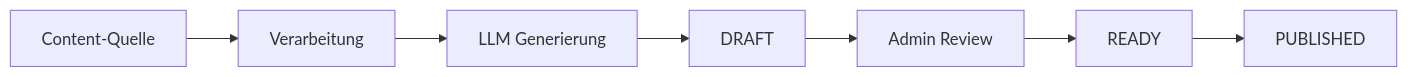
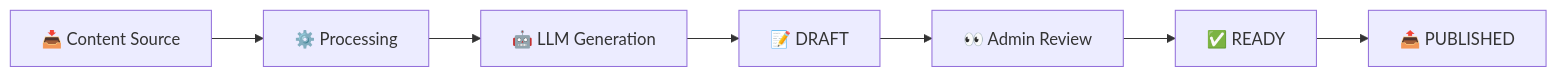
The diagram in README.md (NoahRolli/contentHub_catchKen), drawn with Mermaid before and after one commit. The commit also changed other lines of this file, not shown here.

````diff
--- a/README.md
+++ b/README.md
@@ -132,9 +165,9 @@
 ```mermaid
 graph LR
-    A[Content-Quelle] --> B[Verarbeitung]
-    B --> C[LLM Generierung]
-    C --> D[DRAFT]
-    D --> E[Admin Review]
-    E --> F[READY]
-    F --> G[PUBLISHED]
+    A[📥 Content Source] --> B[⚙️ Processing]
+    B --> C[🤖 LLM Generation]
+    C --> D[📝 DRAFT]
+    D --> E[👀 Admin Review]
+    E --> F[✅ READY]
+    F --> G[📤 PUBLISHED]
 ```
````
